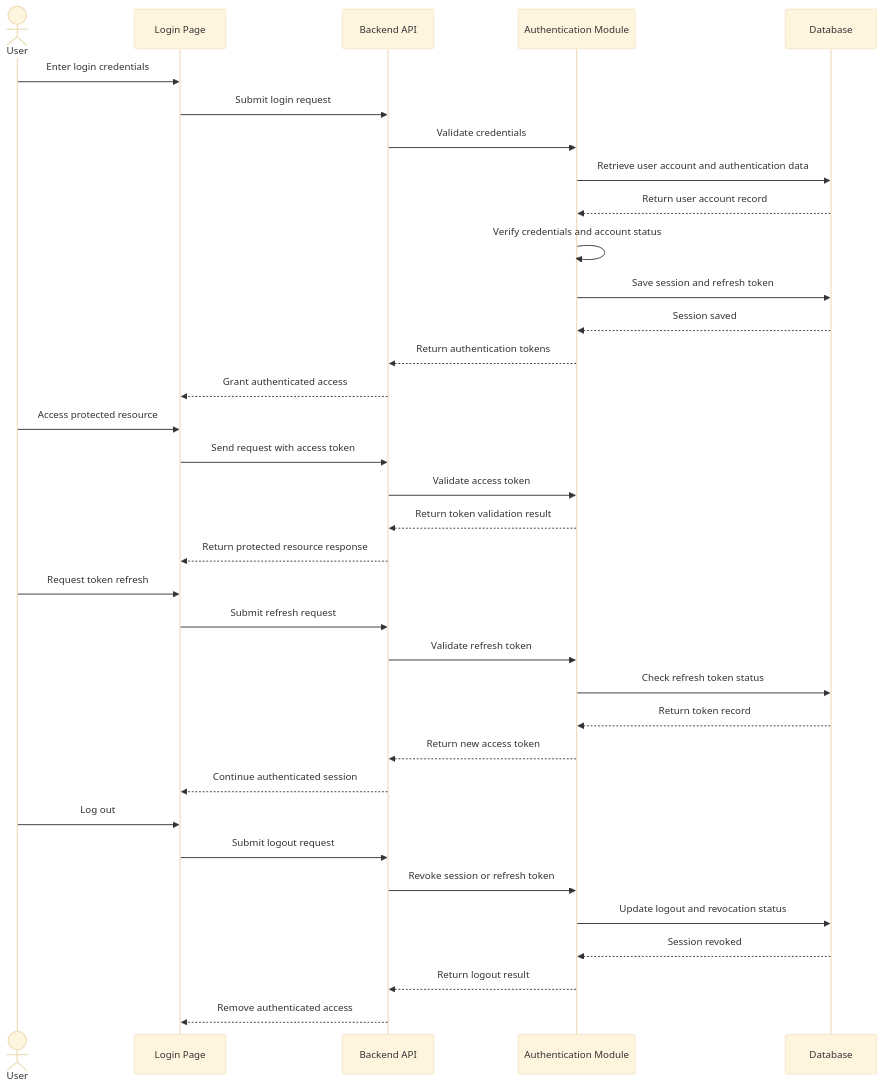
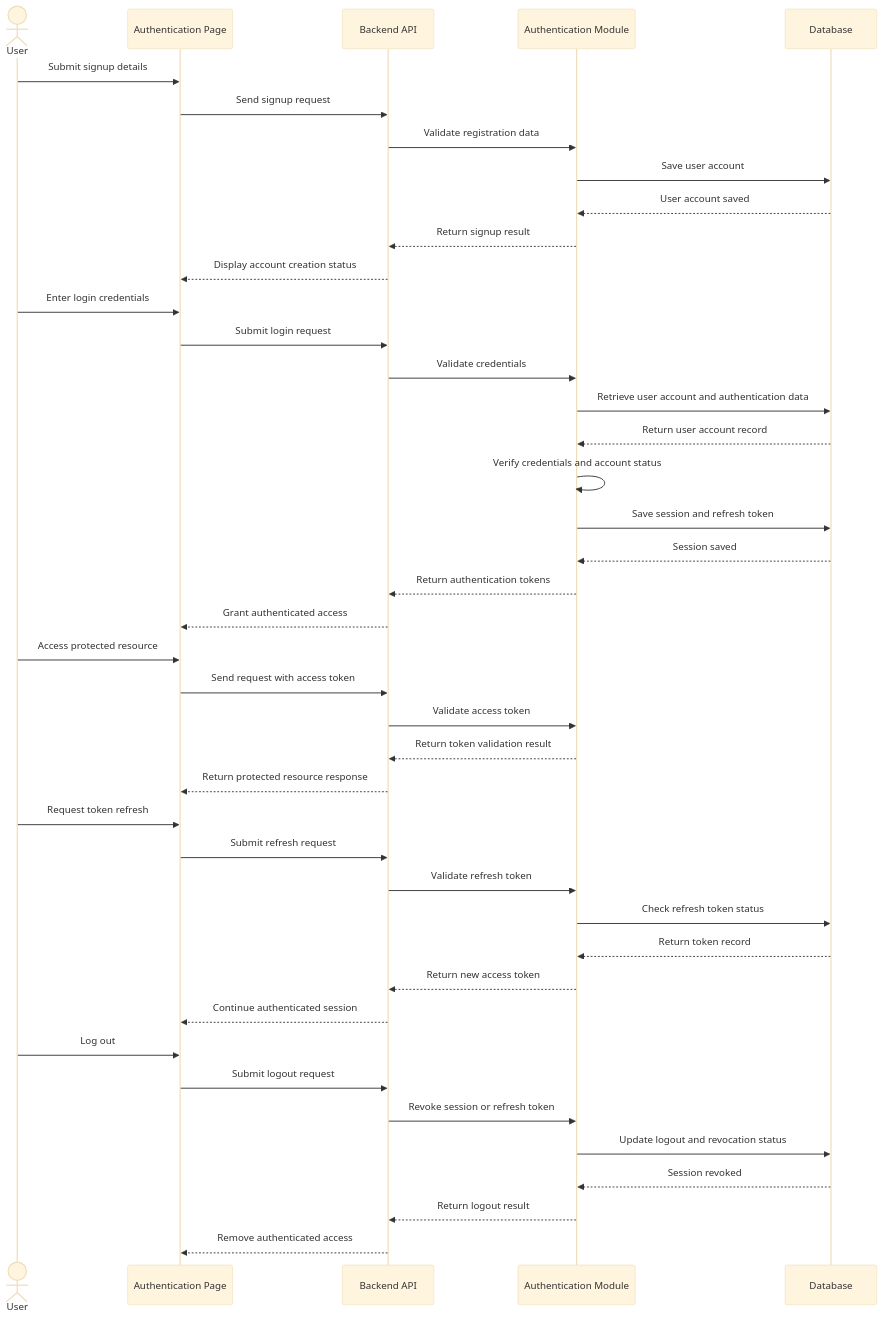
One commit to Wiii-1/LINAW changed the first of 12 diagrams in docs/architecture/Low_Level_Design.md. Above: the diagram before and after it, drawn with Mermaid (base theme). The commit also changed other lines of this file and 3 other files, not shown here.

````diff
--- a/docs/architecture/Low_Level_Design.md
+++ b/docs/architecture/Low_Level_Design.md
@@ -128,41 +134,49 @@
 ```mermaid
 sequenceDiagram
     actor User
-    participant UI as Login Page
+    participant UI as Authentication Page
     participant API as Backend API
     participant AUTH as Authentication Module
     participant DB as Database
+
+    User->>UI: Submit signup details
+    UI->>API: Send signup request
+    API->>AUTH: Validate registration data
+    AUTH->>DB: Save user account
+    DB-->>AUTH: User account saved
+    AUTH-->>API: Return signup result
+    API-->>UI: Display account creation status
 
     User->>UI: Enter login credentials
     UI->>API: Submit login request
     API->>AUTH: Validate credentials
     AUTH->>DB: Retrieve user account and authentication data
     DB-->>AUTH: Return user account record
     AUTH->>AUTH: Verify credentials and account status
     AUTH->>DB: Save session and refresh token
     DB-->>AUTH: Session saved
     AUTH-->>API: Return authentication tokens
     API-->>UI: Grant authenticated access
 
     User->>UI: Access protected resource
     UI->>API: Send request with access token
     API->>AUTH: Validate access token
     AUTH-->>API: Return token validation result
     API-->>UI: Return protected resource response
 
     User->>UI: Request token refresh
     UI->>API: Submit refresh request
     API->>AUTH: Validate refresh token
     AUTH->>DB: Check refresh token status
     DB-->>AUTH: Return token record
     AUTH-->>API: Return new access token
     API-->>UI: Continue authenticated session
 
     User->>UI: Log out
     UI->>API: Submit logout request
     API->>AUTH: Revoke session or refresh token
     AUTH->>DB: Update logout and revocation status
     DB-->>AUTH: Session revoked
     AUTH-->>API: Return logout result
     API-->>UI: Remove authenticated access
 ```
````
